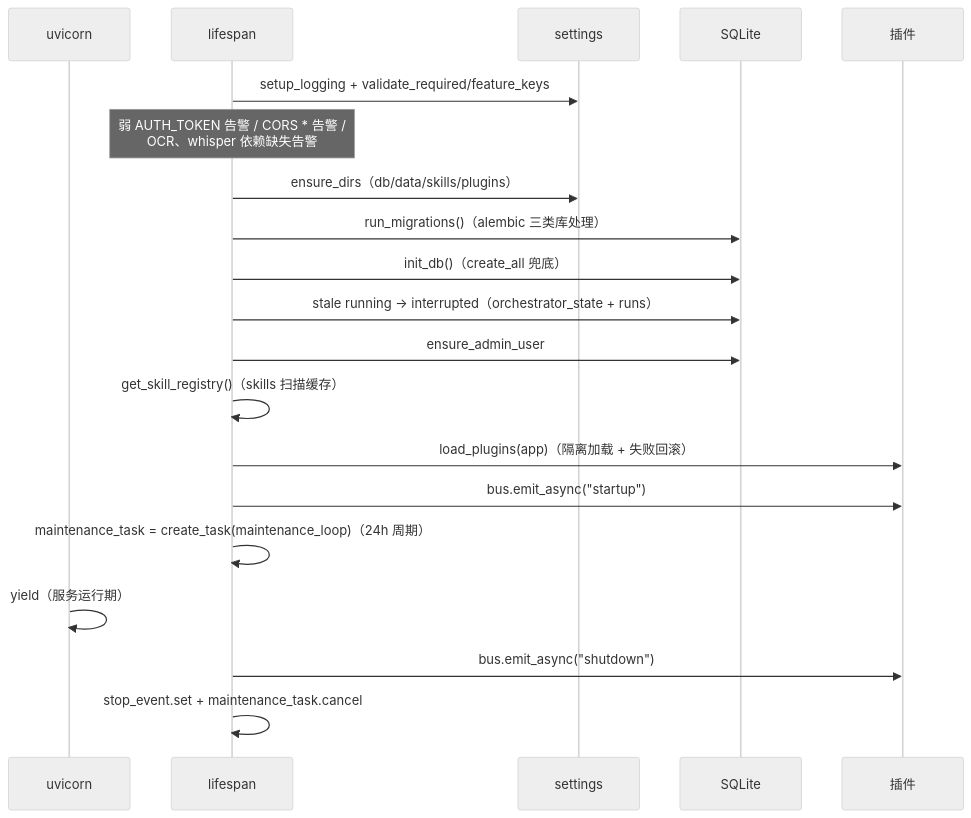
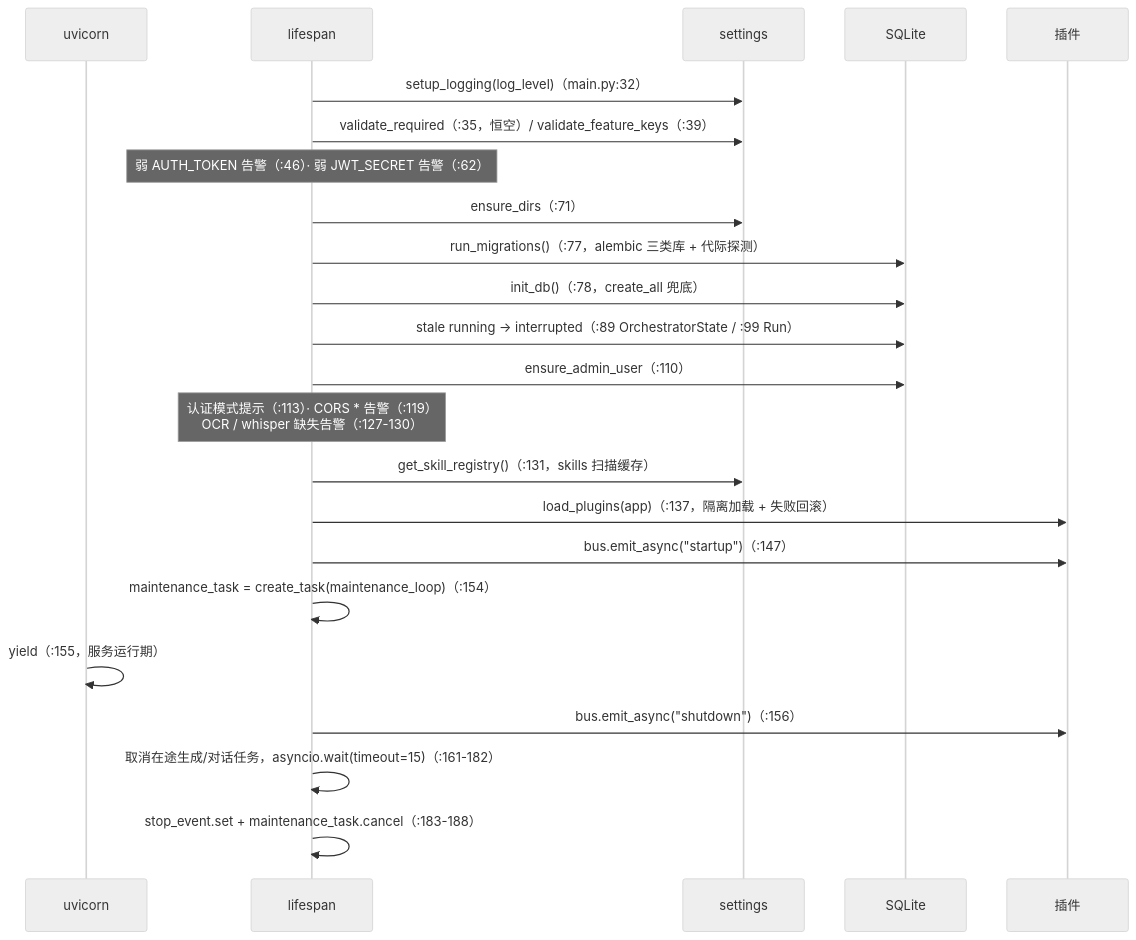
The diagram in note/08-核心基础设施.md (hershate/Deep-tutor), drawn with Mermaid (neutral theme) before and after one commit. The commit also changed other lines of this file and 9 other files, not shown here.

````diff
--- a/note/08-核心基础设施.md
+++ b/note/08-核心基础设施.md
@@ -98,22 +121,25 @@
 ```mermaid
 sequenceDiagram
     participant U as uvicorn
     participant L as lifespan
     participant S as settings
     participant DB as SQLite
     participant PL as 插件
-    L->>S: setup_logging + validate_required/feature_keys
-    Note over L: 弱 AUTH_TOKEN 告警 / CORS * 告警 /<br/>OCR、whisper 依赖缺失告警
-    L->>S: ensure_dirs（db/data/skills/plugins）
-    L->>DB: run_migrations()（alembic 三类库处理）
-    L->>DB: init_db()（create_all 兜底）
-    L->>DB: stale running → interrupted（orchestrator_state + runs）
-    L->>DB: ensure_admin_user
-    L->>L: get_skill_registry()（skills 扫描缓存）
-    L->>PL: load_plugins(app)（隔离加载 + 失败回滚）
-    L->>PL: bus.emit_async("startup")
-    L->>L: maintenance_task = create_task(maintenance_loop)（24h 周期）
-    U->>U: yield（服务运行期）
-    L->>PL: bus.emit_async("shutdown")
-    L->>L: stop_event.set + maintenance_task.cancel
+    L->>S: setup_logging(log_level)（main.py:32）
+    L->>S: validate_required（:35，恒空）/ validate_feature_keys（:39）
+    Note over L: 弱 AUTH_TOKEN 告警（:46）· 弱 JWT_SECRET 告警（:62）
+    L->>S: ensure_dirs（:71）
+    L->>DB: run_migrations()（:77，alembic 三类库 + 代际探测）
+    L->>DB: init_db()（:78，create_all 兜底）
+    L->>DB: stale running → interrupted（:89 OrchestratorState / :99 Run）
+    L->>DB: ensure_admin_user（:110）
+    Note over L: 认证模式提示（:113）· CORS * 告警（:119）<br/>OCR / whisper 缺失告警（:127-130）
+    L->>S: get_skill_registry()（:131，skills 扫描缓存）
+    L->>PL: load_plugins(app)（:137，隔离加载 + 失败回滚）
+    L->>PL: bus.emit_async("startup")（:147）
+    L->>L: maintenance_task = create_task(maintenance_loop)（:154）
+    U->>U: yield（:155，服务运行期）
+    L->>PL: bus.emit_async("shutdown")（:156）
+    L->>L: 取消在途生成/对话任务，asyncio.wait(timeout=15)（:161-182）
+    L->>L: stop_event.set + maintenance_task.cancel（:183-188）
 ```
````
